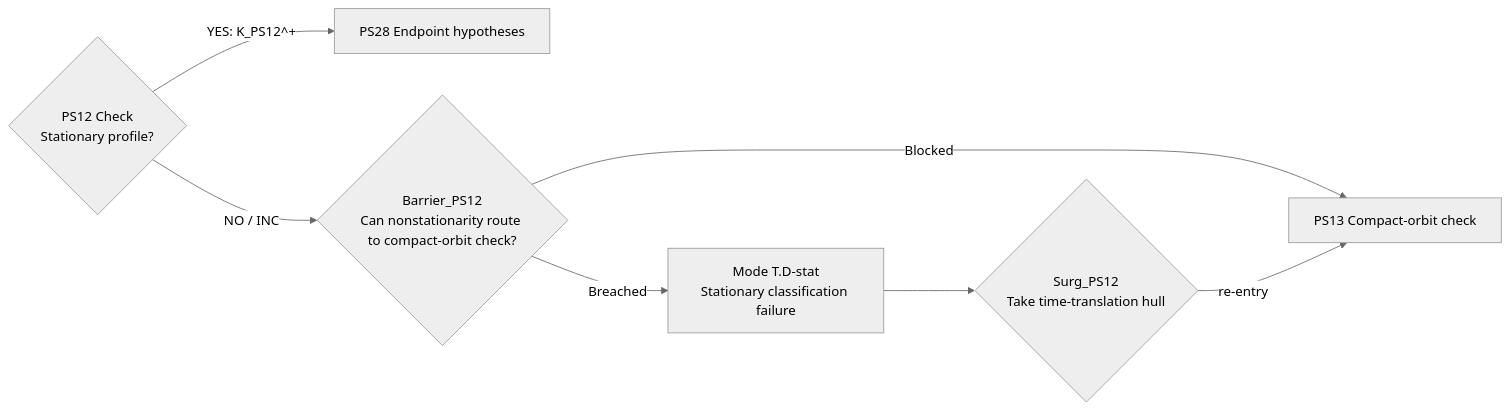
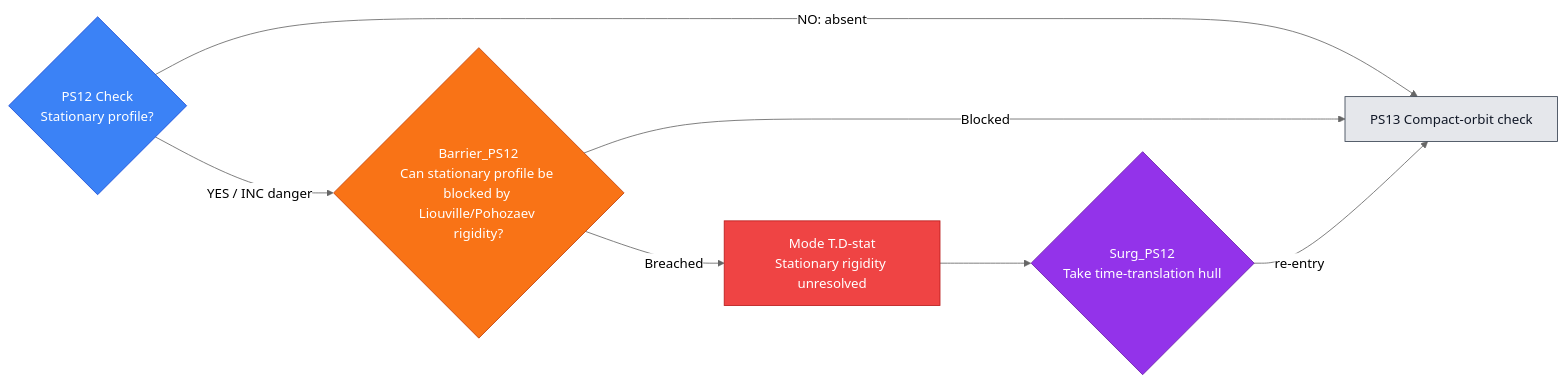
Diagram 18 of 54 in docs/source/1_hypostructure_formalism/edits/new_sieve.md (Guillemdb/hypostructure), drawn with Mermaid (neutral theme) before and after one commit. The commit also changed other lines of this file and 5 other files, not shown here.

````diff
--- a/docs/source/1_hypostructure_formalism/edits/new_sieve.md
+++ b/docs/source/1_hypostructure_formalism/edits/new_sieve.md
@@ -365,10 +1731,23 @@
 ```mermaid
 flowchart LR
     C{"PS12 Check<br/>Stationary profile?"}
-    C -- "YES: K_PS12^+" --> N["PS28 Endpoint hypotheses"]
-    C -- "NO / INC" --> B{"Barrier_PS12<br/>Can nonstationarity route to compact-orbit check?"}
-    B -- "Blocked" --> N2["PS13 Compact-orbit check"]
-    B -- "Breached" --> M["Mode T.D-stat<br/>Stationary classification failure"]
+    C -- "NO: absent" --> N["PS13 Compact-orbit check"]
+    C -- "YES / INC danger" --> B{"Barrier_PS12<br/>Can stationary profile be blocked by Liouville/Pohozaev rigidity?"}
+    B -- "Blocked" --> N
+    B -- "Breached" --> M["Mode T.D-stat<br/>Stationary rigidity unresolved"]
     M --> S{"Surg_PS12<br/>Take time-translation hull"}
-    S -- "re-entry" --> N2
+    S -- "re-entry" --> N
+
+    classDef check fill:#3b82f6,stroke:#1d4ed8,color:#ffffff;
+    classDef barrier fill:#f97316,stroke:#c2410c,color:#ffffff;
+    classDef mode fill:#ef4444,stroke:#b91c1c,color:#ffffff;
+    classDef surgery fill:#9333ea,stroke:#6b21a8,color:#ffffff;
+    classDef next fill:#e5e7eb,stroke:#374151,color:#111827;
+    classDef terminal fill:#fef3c7,stroke:#d97706,color:#111827;
+
+    class C check;
+    class B barrier;
+    class M mode;
+    class S surgery;
+    class N next;
 ```
````
